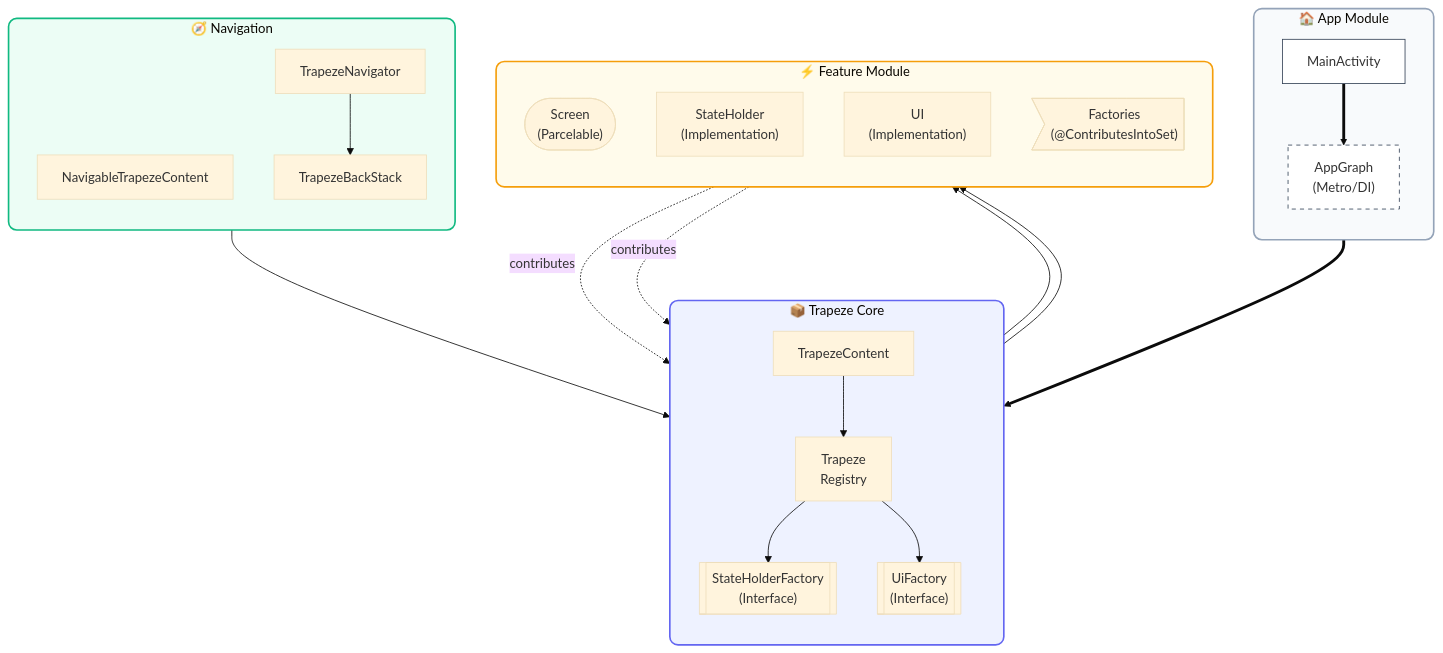
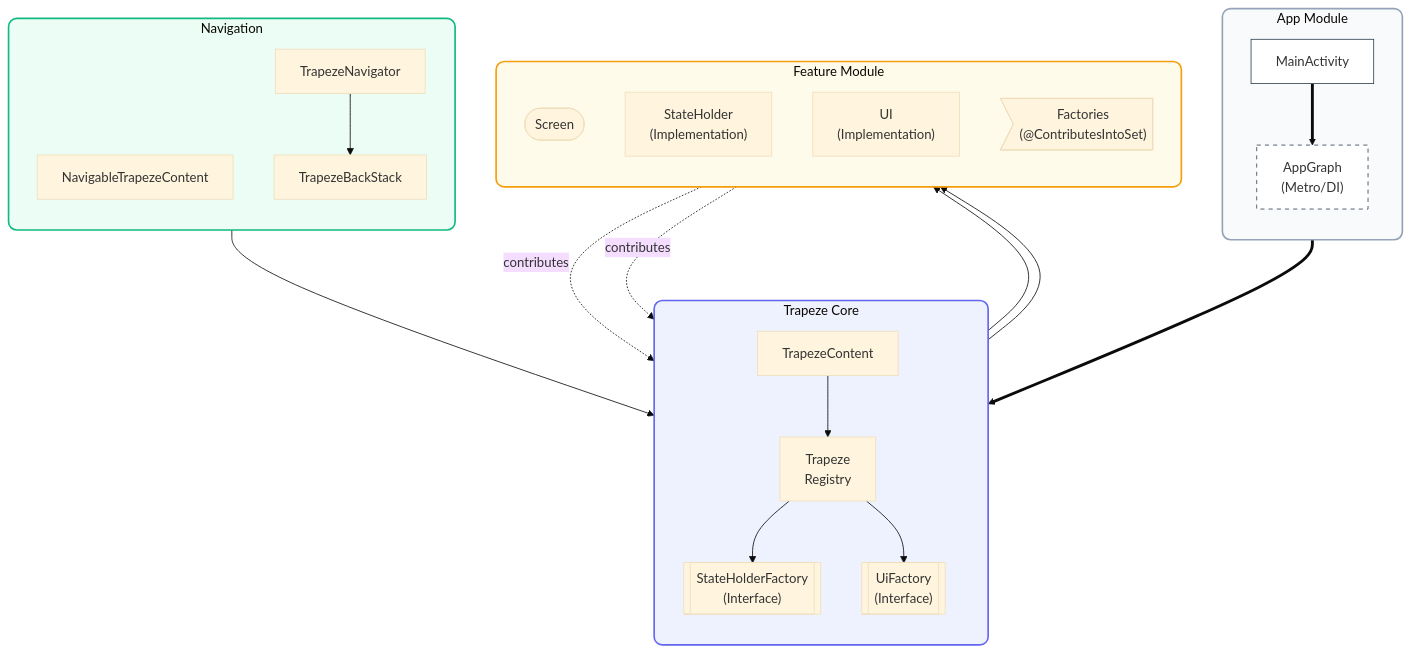
The second of 2 diagrams in README.md (jkjamies/MESA-Android), drawn with Mermaid before and after one commit. The commit also changed other lines of this file and 97 other files, not shown here.

````diff
--- a/README.md
+++ b/README.md
@@ -51,51 +70,51 @@
 ```mermaid
 %%{init: {'theme': 'base', 'themeVariables': { 'clusterBkg': '#f8fafc', 'clusterBorder': '#cbd5e1' }}}%%
 flowchart TB
-    subgraph APP["🏠 App Module"]
+    subgraph APP["App Module"]
         direction TB
         MA["MainActivity"]
         AG["AppGraph<br/>(Metro/DI)"]
     end
-    
-    subgraph CORE["📦 Trapeze Core"]
+
+    subgraph CORE["Trapeze Core"]
         direction TB
         TR["Trapeze<br/>Registry"]
         TC["TrapezeContent"]
         SHF[["StateHolderFactory<br/>(Interface)"]]
         UIF[["UiFactory<br/>(Interface)"]]
     end
-    
-    subgraph NAV["🧭 Navigation"]
+
+    subgraph NAV["Navigation"]
         direction TB
         NC["NavigableTrapezeContent"]
         BS["TrapezeBackStack"]
         TN["TrapezeNavigator"]
     end
-    
-    subgraph FEAT["⚡ Feature Module"]
+
+    subgraph FEAT["Feature Module"]
         direction TB
-        SCR(["Screen<br/>(Parcelable)"])
+        SCR(["Screen"])
         SH["StateHolder<br/>(Implementation)"]
         UI["UI<br/>(Implementation)"]
         FAC>"Factories<br/>(@ContributesIntoSet)"]
     end
-    
+
     MA ==> AG
     AG ==> TR
     NC --> TC
     TC --> TR
     FAC -.->|contributes| SHF
     FAC -.->|contributes| UIF
     TR --> SHF & UIF
     SHF --> SH
     UIF --> UI
     TN --> BS
-    
+
     style APP fill:#f8fafc,stroke:#94a3b8,stroke-width:2px,rx:10
     style CORE fill:#eef2ff,stroke:#6366f1,stroke-width:2px,rx:10
     style NAV fill:#ecfdf5,stroke:#10b981,stroke-width:2px,rx:10
     style FEAT fill:#fffbeb,stroke:#f59e0b,stroke-width:2px,rx:10
-    
+
     style MA fill:#fff,stroke:#334155
     style AG fill:#fff,stroke:#334155,stroke-dasharray: 5 5
 ```
````
